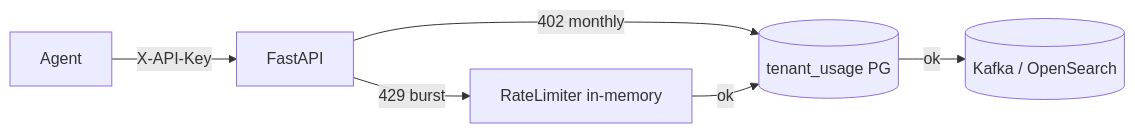
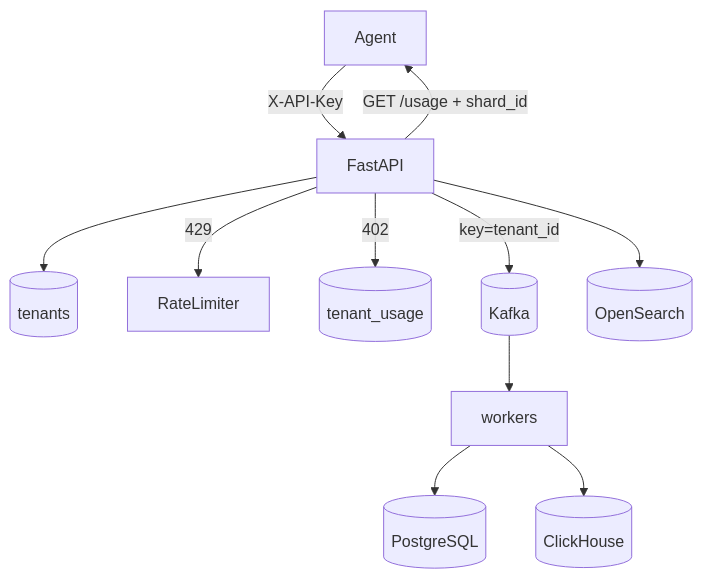
One commit to jayakrishnan98/InsightNode changed the diagram in docs/phase-6-architecture.md. Above: the diagram before and after it, drawn with Mermaid. The commit also changed other lines of this file and 7 other files, not shown here.

````diff
--- a/docs/phase-6-architecture.md
+++ b/docs/phase-6-architecture.md
@@ -18,8 +19,13 @@
 ```mermaid
-flowchart LR
+flowchart TB
   Agent -->|X-API-Key| API[FastAPI]
-  API -->|429 burst| RL[RateLimiter in-memory]
-  API -->|402 monthly| Q[(tenant_usage PG)]
-  RL -->|ok| Q
-  Q -->|ok| Store[(Kafka / OpenSearch)]
+  API --> T[(tenants)]
+  API -->|429| RL[RateLimiter]
+  API -->|402| U[(tenant_usage)]
+  API -->|key=tenant_id| K[(Kafka)]
+  K --> W[workers]
+  W --> PG[(PostgreSQL)]
+  W --> CH[(ClickHouse)]
+  API --> OS[(OpenSearch)]
+  API -->|GET /usage + shard_id| Agent
 ```
````
